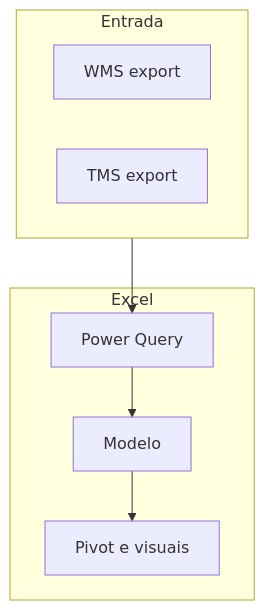
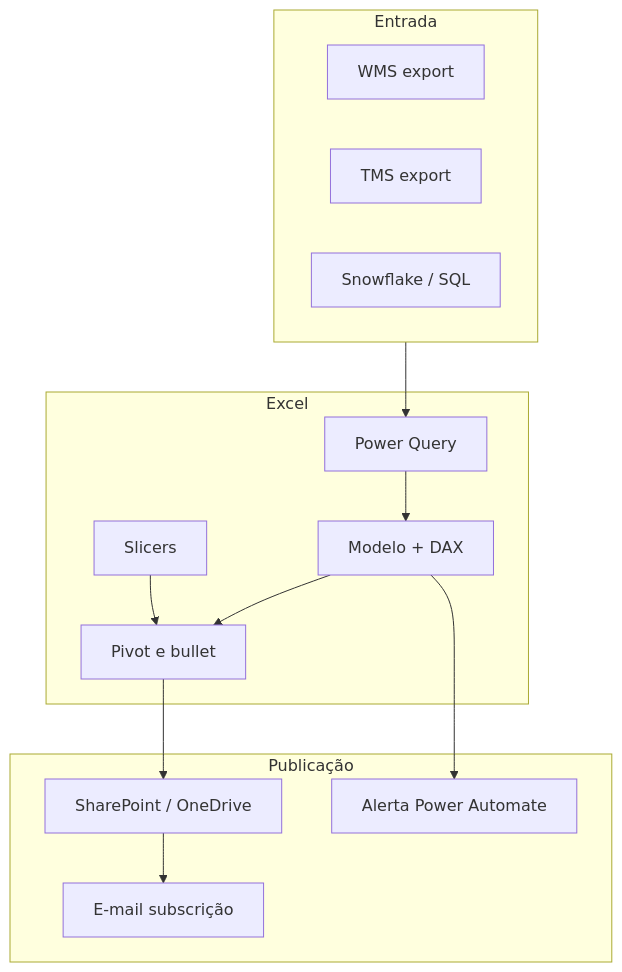
The diagram in aulas/trilha-dados-analytics-logistica/modulo-02-excel-avancado-para-logistica/aula-03-paineis-operacionais-excel.md (cleberhensel/logisticon-academy), drawn with Mermaid before and after one commit. The commit also changed other lines of this file and 122 other files, not shown here.

````diff
--- a/aulas/trilha-dados-analytics-logistica/modulo-02-excel-avancado-para-logistica/aula-03-paineis-operacionais-excel.md
+++ b/aulas/trilha-dados-analytics-logistica/modulo-02-excel-avancado-para-logistica/aula-03-paineis-operacionais-excel.md
@@ -40,13 +171,23 @@
 ```mermaid
 flowchart TD
   subgraph entrada["Entrada"]
     W[WMS export]
     T[TMS export]
+    S[Snowflake / SQL]
   end
   subgraph excel["Excel"]
     PQ[Power Query]
-    MD[Modelo]
-    PV[Pivot e visuais]
+    MD[Modelo + DAX]
+    PV[Pivot e bullet]
+    SL[Slicers]
+  end
+  subgraph publicar["Publicação"]
+    SP[SharePoint / OneDrive]
+    AL[Alerta Power Automate]
+    EM[E-mail subscrição]
   end
   entrada --> PQ --> MD --> PV
+  SL --> PV
+  PV --> SP --> EM
+  MD --> AL
 ```
````
